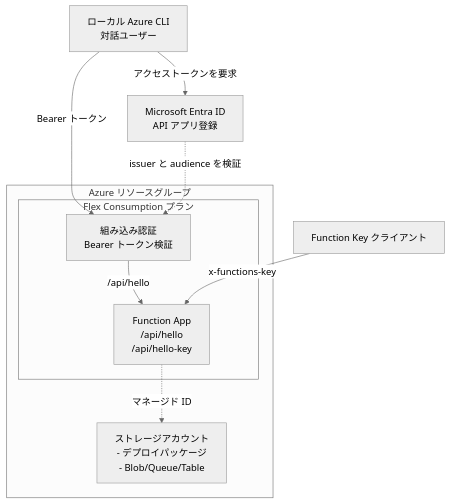
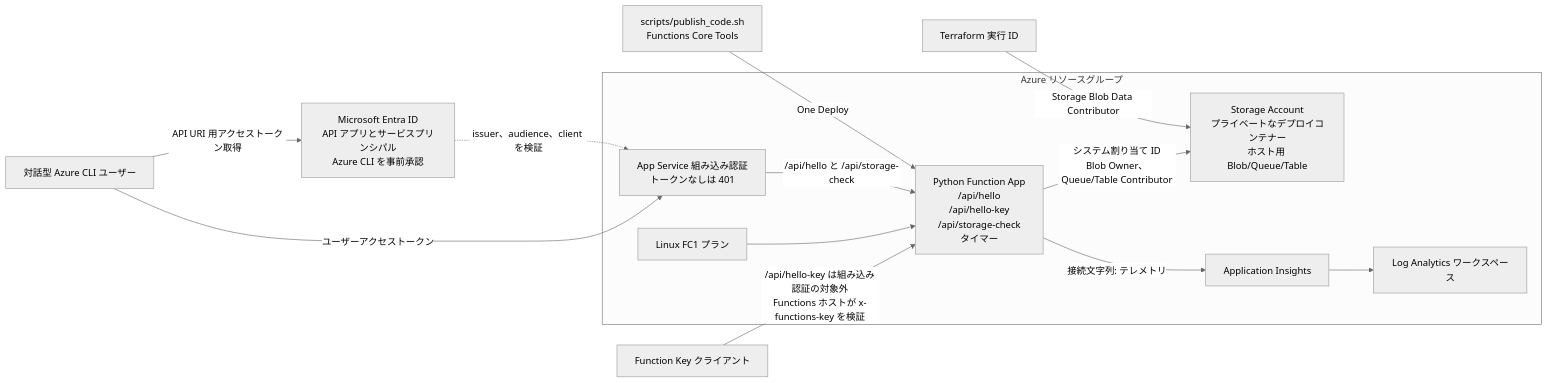
The diagram in infra/scenarios/azure_functions_flex_consumption/README.ja.md (ks6088ts/template-terraform), drawn with Mermaid (neutral theme) before and after one commit. The commit also changed other lines of this file and 20 other files, not shown here.

Commit message:
Complete monitored Flex Consumption hands-on and offline verification

````diff
--- a/infra/scenarios/azure_functions_flex_consumption/README.ja.md
+++ b/infra/scenarios/azure_functions_flex_consumption/README.ja.md
@@ -39,21 +11,17 @@
 ```mermaid
-flowchart TB
-  CLI["ローカル Azure CLI<br/>対話ユーザー"]
-  KeyClient["Function Key クライアント"]
-  Entra["Microsoft Entra ID<br/>API アプリ登録"]
-
-    subgraph Azure["Azure リソースグループ"]
-        subgraph FlexConsumption["Flex Consumption プラン"]
-      EasyAuth["組み込み認証<br/>Bearer トークン検証"]
-      FA["Function App<br/>/api/hello<br/>/api/hello-key"]
-        end
-        ST["ストレージアカウント<br/>- デプロイパッケージ<br/>- Blob/Queue/Table"]
-    end
-
-  CLI -->|アクセストークンを要求| Entra
-  CLI -->|Bearer トークン| EasyAuth
-  Entra -.->|issuer と audience を検証| EasyAuth
-  EasyAuth -->|/api/hello| FA
-  KeyClient -->|x-functions-key| FA
-    FA -.->|マネージド ID| ST
+flowchart LR
+  User["対話型 Azure CLI ユーザー"] -->|API URI 用アクセストークン取得| Entra["Microsoft Entra ID<br/>API アプリとサービスプリンシパル<br/>Azure CLI を事前承認"]
+  User -->|ユーザーアクセストークン| Auth
+  Entra -.->|issuer、audience、client を検証| Auth
+  Key["Function Key クライアント"] -->|/api/hello-key は組み込み認証の対象外<br/>Functions ホストが x-functions-key を検証| App
+  subgraph RG["Azure リソースグループ"]
+    Auth["App Service 組み込み認証<br/>トークンなしは 401"]
+    Plan["Linux FC1 プラン"] --> App["Python Function App<br/>/api/hello<br/>/api/hello-key<br/>/api/storage-check<br/>タイマー"]
+    Auth -->|/api/hello と /api/storage-check| App
+    App -->|システム割り当て ID<br/>Blob Owner、Queue/Table Contributor| Storage["Storage Account<br/>プライベートなデプロイコンテナー<br/>ホスト用 Blob/Queue/Table"]
+    App -->|接続文字列: テレメトリ| AI["Application Insights"]
+    AI --> LA["Log Analytics ワークスペース"]
+  end
+  Operator["Terraform 実行 ID"] -->|Storage Blob Data Contributor| Storage
+  Publisher["scripts/publish_code.sh<br/>Functions Core Tools"] -->|One Deploy| App
 ```
````
